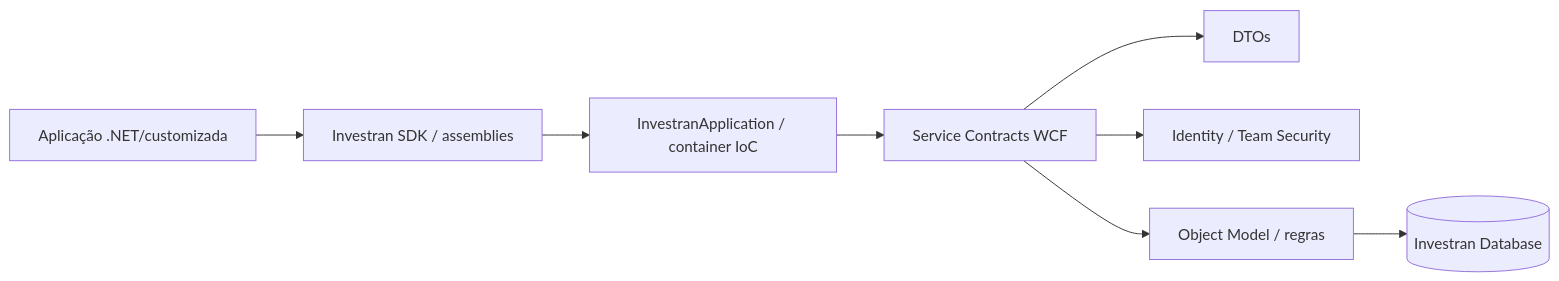
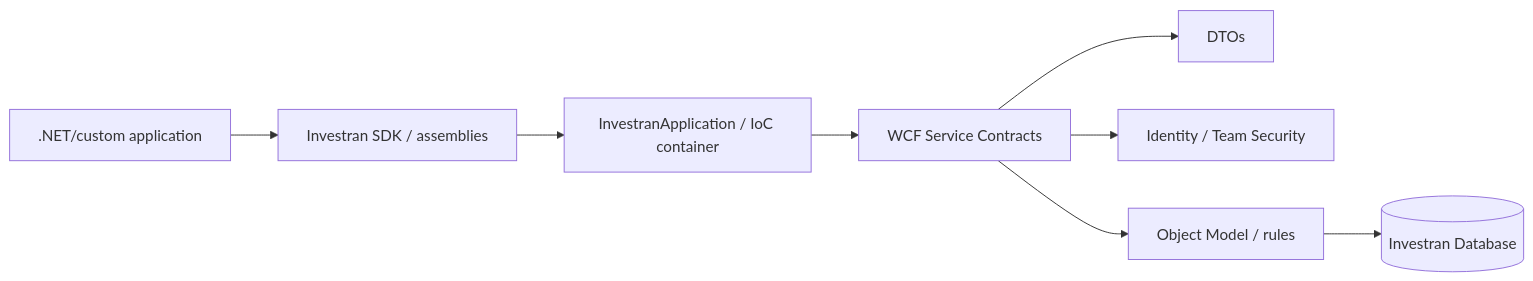
One commit to msekimoto/investran changed the first of 2 diagrams in docs/integracoes/01-api-e-sdk.md. Above: the diagram before and after it, drawn with Mermaid. The commit also changed other lines of this file and 52 other files, not shown here.

````diff
--- a/docs/integracoes/01-api-e-sdk.md
+++ b/docs/integracoes/01-api-e-sdk.md
@@ -5,10 +5,10 @@
 ```mermaid
 flowchart LR
-    APP[Aplicação .NET/customizada] --> SDK[Investran SDK / assemblies]
-    SDK --> HOST[InvestranApplication / container IoC]
-    HOST --> CONTRACT[Service Contracts WCF]
+    APP[.NET/custom application] --> SDK[Investran SDK / assemblies]
+    SDK --> HOST[InvestranApplication / IoC container]
+    HOST --> CONTRACT[WCF Service Contracts]
     CONTRACT --> DTO[DTOs]
     CONTRACT --> SEC[Identity / Team Security]
-    CONTRACT --> OM[Object Model / regras]
+    CONTRACT --> OM[Object Model / rules]
     OM --> DB[(Investran Database)]
 ```
````
